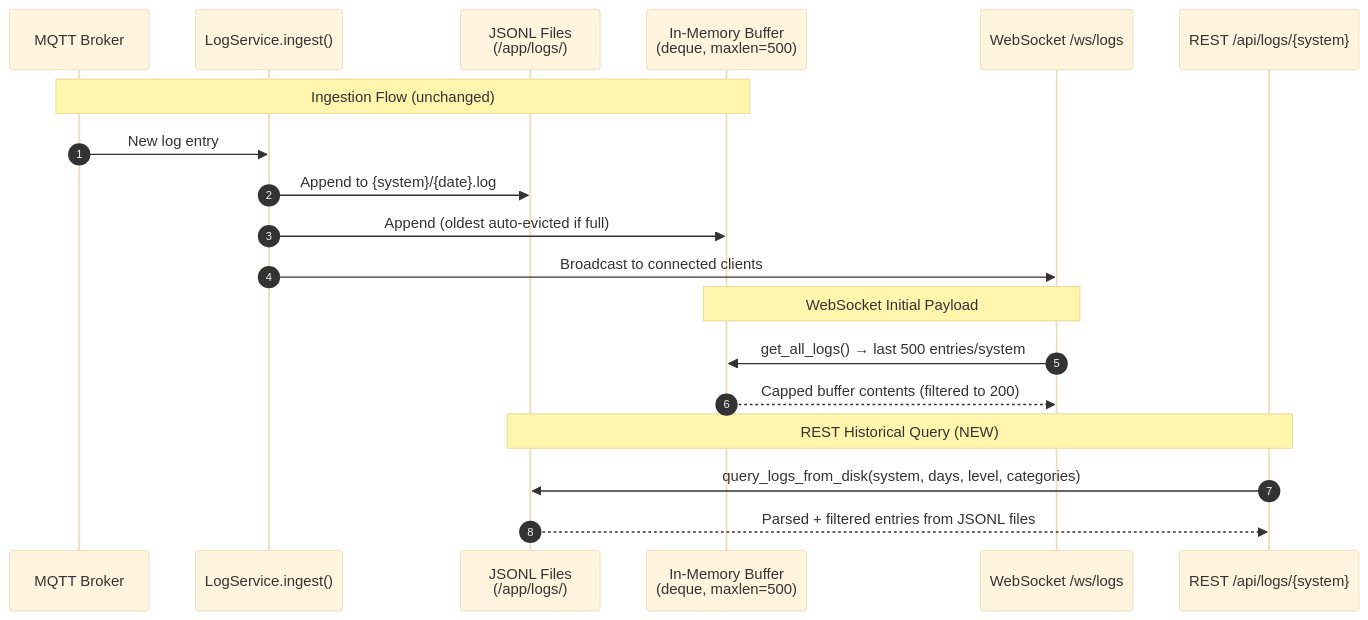
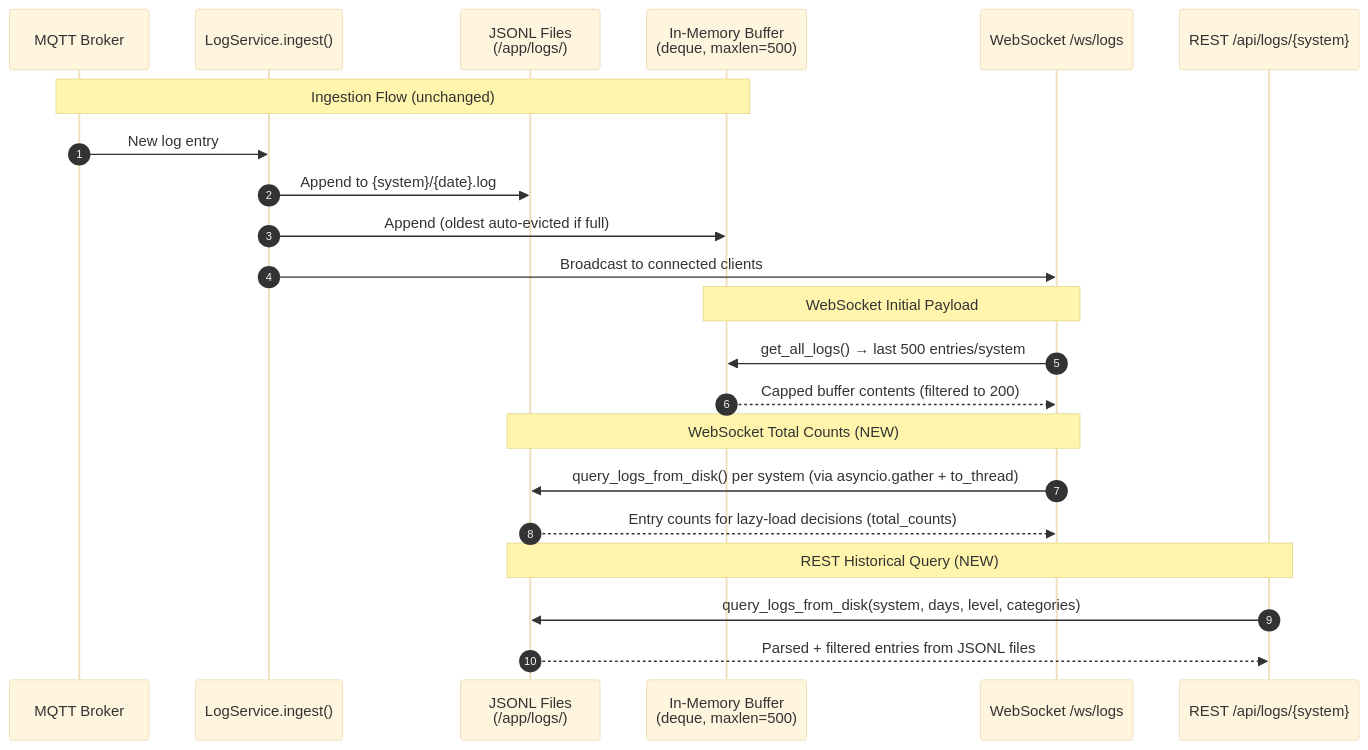
The diagram in docs/specs/2026-02-09-disk-backed-log-storage.md (iscofield/realtime-tigo-monitor), drawn with Mermaid (base theme) before and after one commit. The commit also changed other lines of this file, not shown here.

First line of the commit message:
docs: address ContextLoop review comments on disk-backed-log-storage

````diff
--- a/docs/specs/2026-02-09-disk-backed-log-storage.md
+++ b/docs/specs/2026-02-09-disk-backed-log-storage.md
@@ -211,24 +316,28 @@
 ```mermaid
 sequenceDiagram
     autonumber
     participant MQTT as MQTT Broker
     participant Ingest as LogService.ingest()
     participant Disk as JSONL Files<br/>(/app/logs/)
     participant Buffer as In-Memory Buffer<br/>(deque, maxlen=500)
     participant WS as WebSocket /ws/logs
     participant REST as REST /api/logs/{system}
 
     Note over MQTT,Buffer: Ingestion Flow (unchanged)
     MQTT->>Ingest: New log entry
     Ingest->>Disk: Append to {system}/{date}.log
     Ingest->>Buffer: Append (oldest auto-evicted if full)
     Ingest->>WS: Broadcast to connected clients
 
     Note over WS,Buffer: WebSocket Initial Payload
     WS->>Buffer: get_all_logs() → last 500 entries/system
     Buffer-->>WS: Capped buffer contents (filtered to 200)
 
+    Note over WS,Disk: WebSocket Total Counts (NEW)
+    WS->>Disk: query_logs_from_disk() per system (via asyncio.gather + to_thread)
+    Disk-->>WS: Entry counts for lazy-load decisions (total_counts)
+
     Note over REST,Disk: REST Historical Query (NEW)
     REST->>Disk: query_logs_from_disk(system, days, level, categories)
     Disk-->>REST: Parsed + filtered entries from JSONL files
 ```
````
